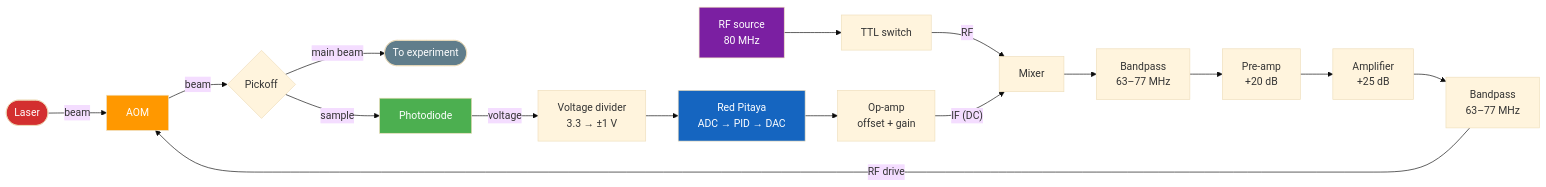
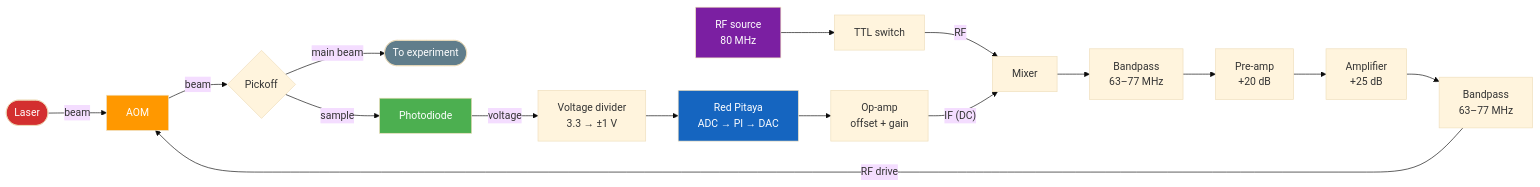
Before and after one commit to beneaze/redPitaLock: the second of 2 diagrams in README.md, drawn with Mermaid (base theme). The commit also changed other lines of this file and 16 other files, not shown here.

````diff
--- a/README.md
+++ b/README.md
@@ -28,27 +38,27 @@
 ```mermaid
 flowchart LR
     LASER([Laser]) -->|beam| AOM[AOM]
     AOM -->|beam| PICK{Pickoff}
     PICK -->|main beam| EXP([To experiment])
     PICK -->|sample| PD[Photodiode]
 
     PD -->|voltage| DIV["Voltage divider\n3.3 → ±1 V"]
-    DIV --> RP["Red Pitaya\nADC → PID → DAC"]
+    DIV --> RP["Red Pitaya\nADC → PI → DAC"]
     RP --> COND["Op-amp\noffset + gain"]
 
     RF["RF source\n80 MHz"] --> TTL["TTL switch"]
     TTL -->|RF| MIX["Mixer"]
     COND -->|"IF (DC)"| MIX
     MIX --> BPF1["Bandpass\n63–77 MHz"]
     BPF1 --> PRE["Pre-amp\n+20 dB"]
     PRE --> AMP["Amplifier\n+25 dB"]
     AMP --> BPF2["Bandpass\n63–77 MHz"]
     BPF2 -->|RF drive| AOM
 
     style LASER fill:#d32f2f,color:#fff
     style AOM fill:#ff9800,color:#fff
     style PD fill:#4caf50,color:#fff
     style RP fill:#1565c0,color:#fff
     style RF fill:#7b1fa2,color:#fff
     style EXP fill:#607d8b,color:#fff
 ```
````
